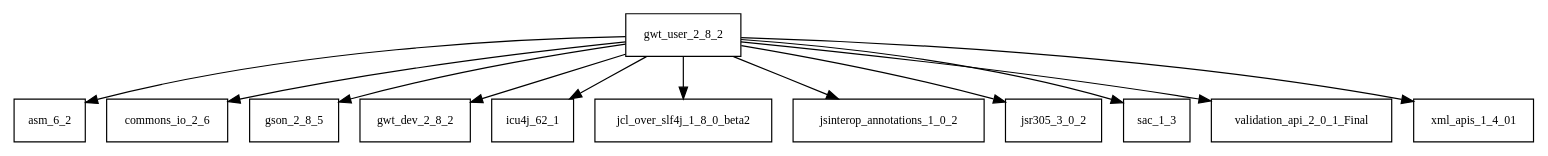
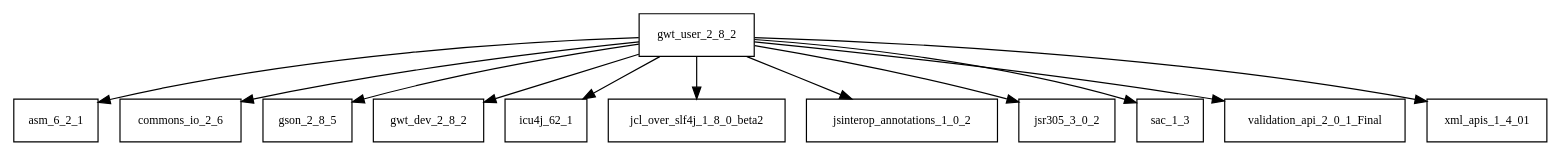
One commit to sjvs/cia changed the diagram in tattleTaleReport/graphviz/gwt-user-2.8.2.jar/gwt-user-2.8.2.jar.dot. Above: the diagram before and after it, drawn with Graphviz. The commit also changed 2896 other files, not shown here.

```diff
--- a/tattleTaleReport/graphviz/gwt-user-2.8.2.jar/gwt-user-2.8.2.jar.dot
+++ b/tattleTaleReport/graphviz/gwt-user-2.8.2.jar/gwt-user-2.8.2.jar.dot
@@ -1,14 +1,14 @@
 digraph gwt_user_2_8_2_dependencies {
   node [shape = box, fontsize=10.0];
-  gwt_user_2_8_2 -> asm_6_2;
+  gwt_user_2_8_2 -> asm_6_2_1;
   gwt_user_2_8_2 -> commons_io_2_6;
   gwt_user_2_8_2 -> gson_2_8_5;
   gwt_user_2_8_2 -> gwt_dev_2_8_2;
   gwt_user_2_8_2 -> icu4j_62_1;
   gwt_user_2_8_2 -> jcl_over_slf4j_1_8_0_beta2;
   gwt_user_2_8_2 -> jsinterop_annotations_1_0_2;
   gwt_user_2_8_2 -> jsr305_3_0_2;
   gwt_user_2_8_2 -> sac_1_3;
   gwt_user_2_8_2 -> validation_api_2_0_1_Final;
   gwt_user_2_8_2 -> xml_apis_1_4_01;
 }
```
